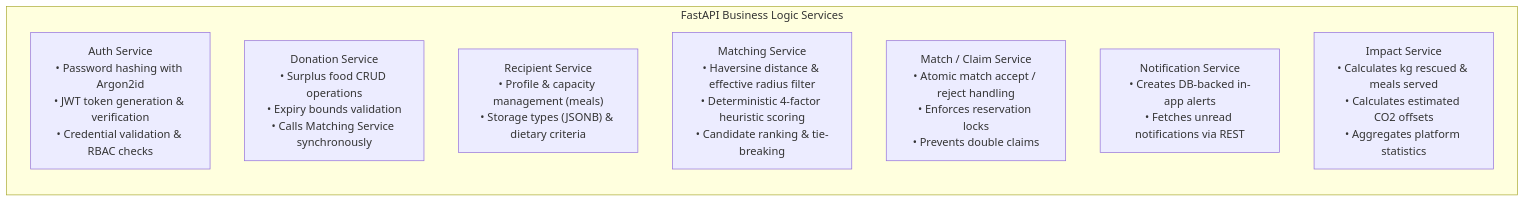
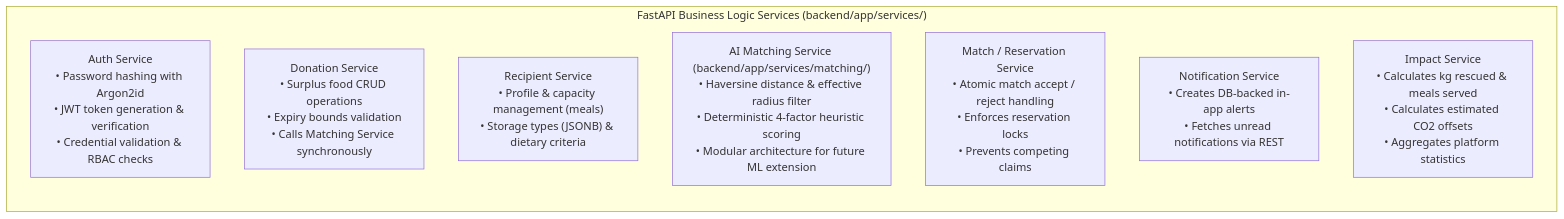
Before and after one commit to KShruti772/FoodSync-AI: the third of 4 diagrams in docs/ARCHITECTURE.md, drawn with Mermaid. The commit also changed other lines of this file and 10 other files, not shown here.

````diff
--- a/docs/ARCHITECTURE.md
+++ b/docs/ARCHITECTURE.md
@@ -123,13 +135,13 @@
 ```mermaid
 flowchart TD
-    subgraph Services ["FastAPI Business Logic Services"]
+    subgraph Services ["FastAPI Business Logic Services (backend/app/services/)"]
         direction TB
         AS["Auth Service\n• Password hashing with Argon2id\n• JWT token generation & verification\n• Credential validation & RBAC checks"]
         DS["Donation Service\n• Surplus food CRUD operations\n• Expiry bounds validation\n• Calls Matching Service synchronously"]
         RS["Recipient Service\n• Profile & capacity management (meals)\n• Storage types (JSONB) & dietary criteria"]
-        MS["Matching Service\n• Haversine distance & effective radius filter\n• Deterministic 4-factor heuristic scoring\n• Candidate ranking & tie-breaking"]
-        CS["Match / Claim Service\n• Atomic match accept / reject handling\n• Enforces reservation locks\n• Prevents double claims"]
+        MS["AI Matching Service (backend/app/services/matching/)\n• Haversine distance & effective radius filter\n• Deterministic 4-factor heuristic scoring\n• Modular architecture for future ML extension"]
+        CS["Match / Reservation Service\n• Atomic match accept / reject handling\n• Enforces reservation locks\n• Prevents competing claims"]
         NS["Notification Service\n• Creates DB-backed in-app alerts\n• Fetches unread notifications via REST"]
         IS["Impact Service\n• Calculates kg rescued & meals served\n• Calculates estimated CO2 offsets\n• Aggregates platform statistics"]
     end
 ```
````
